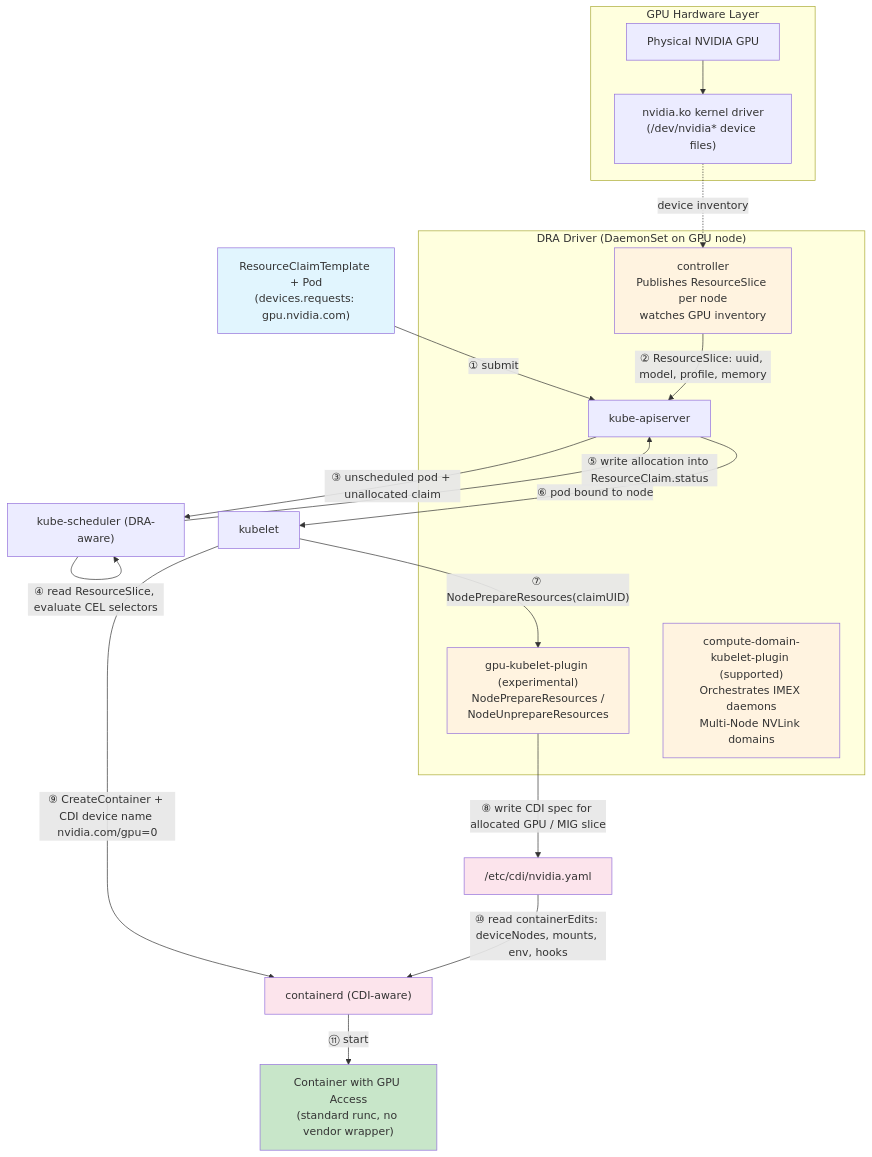
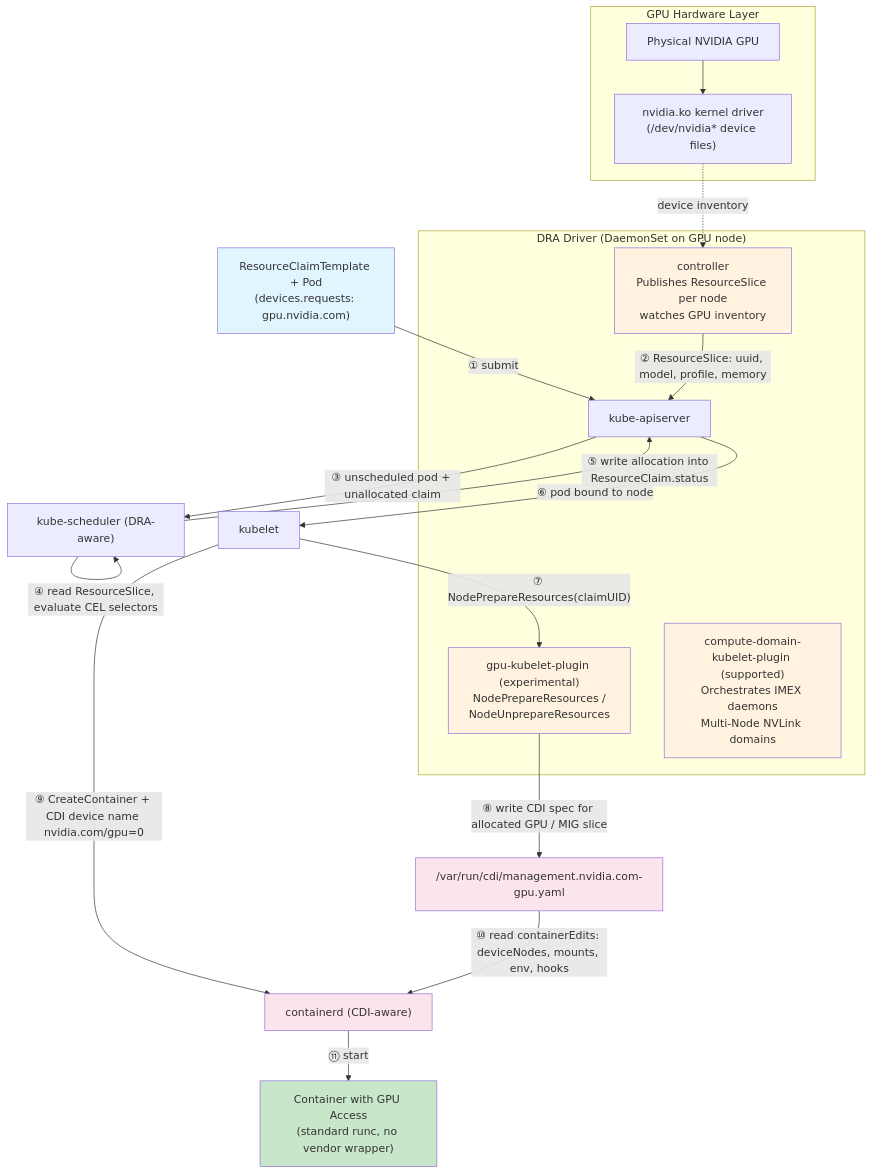
One commit to hrishin/hrishidev changed the second of 2 diagrams in _posts/2025-10-23-nvidia-cuda-gpu-on-kube.markdown. Above: the diagram before and after it, drawn with Mermaid. The commit also changed other lines of this file, not shown here.

Commit message:
update the gpu allocation blogpost

````diff
--- a/_posts/2025-10-23-nvidia-cuda-gpu-on-kube.markdown
+++ b/_posts/2025-10-23-nvidia-cuda-gpu-on-kube.markdown
@@ -1734,37 +1736,37 @@
 ```mermaid!
 graph TD
     A["ResourceClaimTemplate + Pod\n(devices.requests: gpu.nvidia.com)"] -->|"① submit"| B[kube-apiserver]
 
     subgraph "DRA Driver (DaemonSet on GPU node)"
         CTRL["controller\nPublishes ResourceSlice per node\nwatches GPU inventory"]
         CTRL -->|"② ResourceSlice: uuid, model, profile, memory"| B
         GPUP["gpu-kubelet-plugin (experimental)\nNodePrepareResources /\nNodeUnprepareResources"]
         CDP["compute-domain-kubelet-plugin (supported)\nOrchestrates IMEX daemons\nMulti-Node NVLink domains"]
     end
 
     B -->|"③ unscheduled pod + unallocated claim"| SC["kube-scheduler (DRA-aware)"]
     SC -->|"④ read ResourceSlice, evaluate CEL selectors"| SC
     SC -->|"⑤ write allocation into ResourceClaim.status"| B
     B -->|"⑥ pod bound to node"| KL[kubelet]
     KL -->|"⑦ NodePrepareResources(claimUID)"| GPUP
-    GPUP -->|"⑧ write CDI spec for allocated GPU / MIG slice"| CDI["/etc/cdi/nvidia.yaml"]
+    GPUP -->|"⑧ write CDI spec for allocated GPU / MIG slice"| CDI["/var/run/cdi/management.nvidia.com-gpu.yaml"]
     KL -->|"⑨ CreateContainer + CDI device name nvidia.com/gpu=0"| CR["containerd (CDI-aware)"]
     CDI -->|"⑩ read containerEdits: deviceNodes, mounts, env, hooks"| CR
     CR -->|"⑪ start"| CONT["Container with GPU Access\n(standard runc, no vendor wrapper)"]
 
     subgraph "GPU Hardware Layer"
         HW["Physical NVIDIA GPU"]
         DRV["nvidia.ko kernel driver\n(/dev/nvidia* device files)"]
         HW --> DRV
     end
 
     DRV -.->|"device inventory"| CTRL
 
     style A fill:#e1f5fe
     style CONT fill:#c8e6c9
     style GPUP fill:#fff3e0
     style CDP fill:#fff3e0
     style CTRL fill:#fff3e0
     style CR fill:#fce4ec
     style CDI fill:#fce4ec
 ```
````
